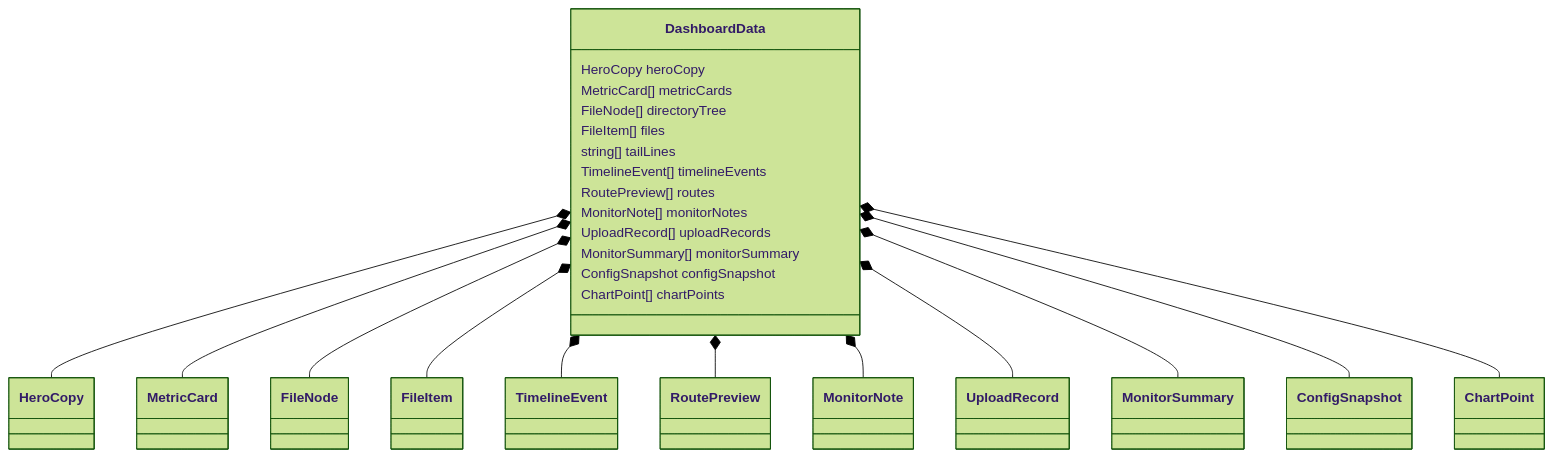
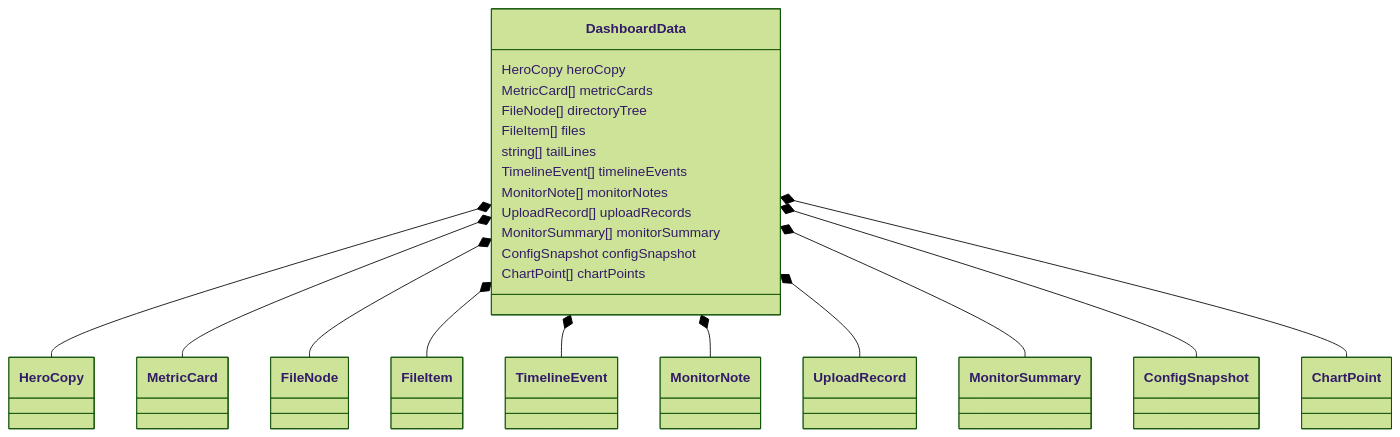
One commit to VioletEvergardenZz/GoWatchFile changed the second of 15 diagrams in docs/state-types-visual.md. Above: the diagram before and after it, drawn with Mermaid (forest theme). The commit also changed other lines of this file and 22 other files, not shown here.

````diff
--- a/docs/state-types-visual.md
+++ b/docs/state-types-visual.md
@@ -134,29 +21,27 @@
 ```mermaid
 classDiagram
 class DashboardData {
   HeroCopy heroCopy
   MetricCard[] metricCards
   FileNode[] directoryTree
   FileItem[] files
   string[] tailLines
   TimelineEvent[] timelineEvents
-  RoutePreview[] routes
   MonitorNote[] monitorNotes
   UploadRecord[] uploadRecords
   MonitorSummary[] monitorSummary
   ConfigSnapshot configSnapshot
   ChartPoint[] chartPoints
 }
 
 DashboardData *-- HeroCopy
 DashboardData *-- MetricCard
 DashboardData *-- FileNode
 DashboardData *-- FileItem
 DashboardData *-- TimelineEvent
-DashboardData *-- RoutePreview
 DashboardData *-- MonitorNote
 DashboardData *-- UploadRecord
 DashboardData *-- MonitorSummary
 DashboardData *-- ConfigSnapshot
 DashboardData *-- ChartPoint
 ```
````
